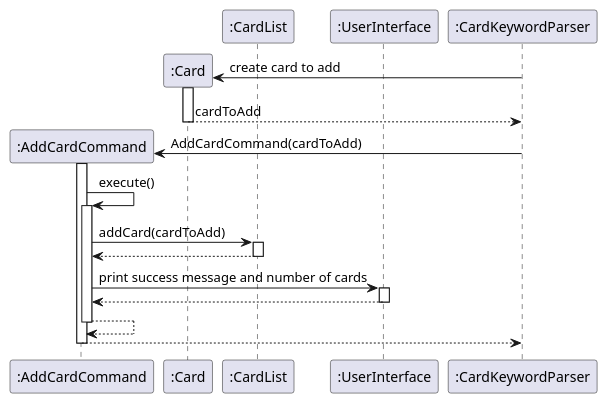
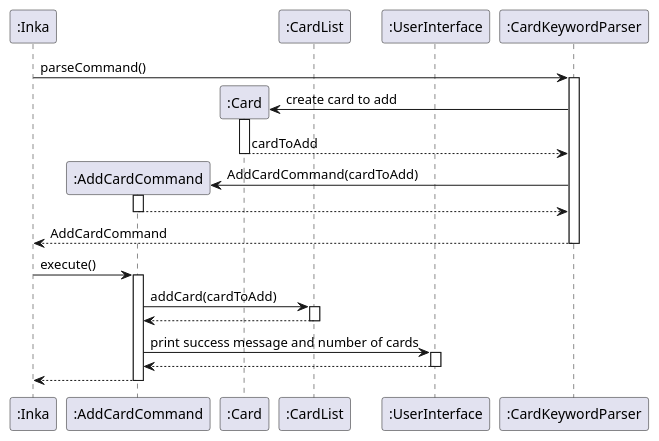
Before and after one commit to nus-cs2113-AY2223S2/tp: the diagram in docs/uml/CardAddSequence.puml, drawn with PlantUML. The commit also changed 9 other files, not shown here.

Commit message:
Update sequence diagrams for more accurate constructor calls and etc

```diff
--- a/docs/uml/CardAddSequence.puml
+++ b/docs/uml/CardAddSequence.puml
@@ -1,28 +1,32 @@
 @startuml CardAddSequence
 
 autoactivate on
 
+participant ":Inka" as Inka
 participant ":AddCardCommand" as AddCardCommand
 participant ":Card" as Card
 participant ":CardList" as CardList
 participant ":UserInterface" as UserInterface
 participant ":CardKeywordParser" as CardKeywordParser
 
+Inka -> CardKeywordParser : parseCommand()
 Create Card
 CardKeywordParser -> Card : create card to add
 return cardToAdd
 
 Create AddCardCommand
 CardKeywordParser -> AddCardCommand : AddCardCommand(cardToAdd)
+return
 
-AddCardCommand -> AddCardCommand : execute()
+return AddCardCommand
+
+Inka -> AddCardCommand : execute()
 AddCardCommand -> CardList : addCard(cardToAdd)
 return
 
 AddCardCommand -> UserInterface : print success message and number of cards
 return
 
 return
 
-return
 @enduml
```
